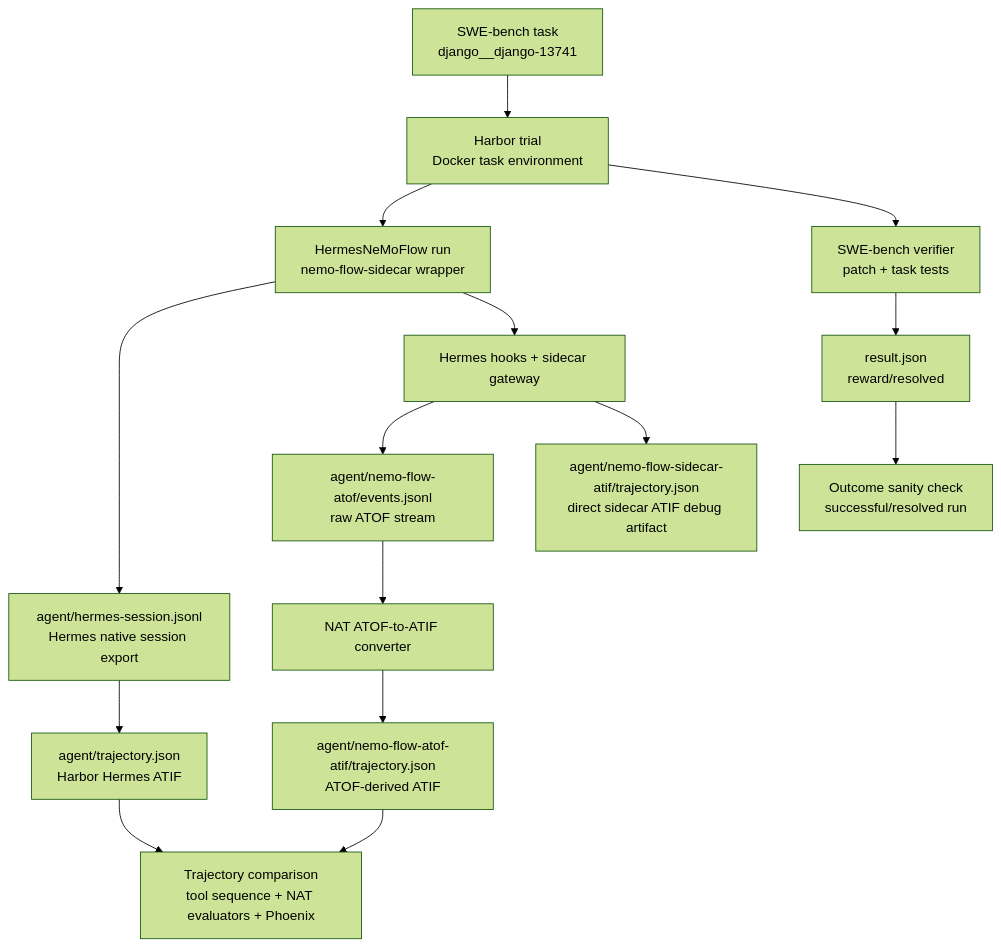
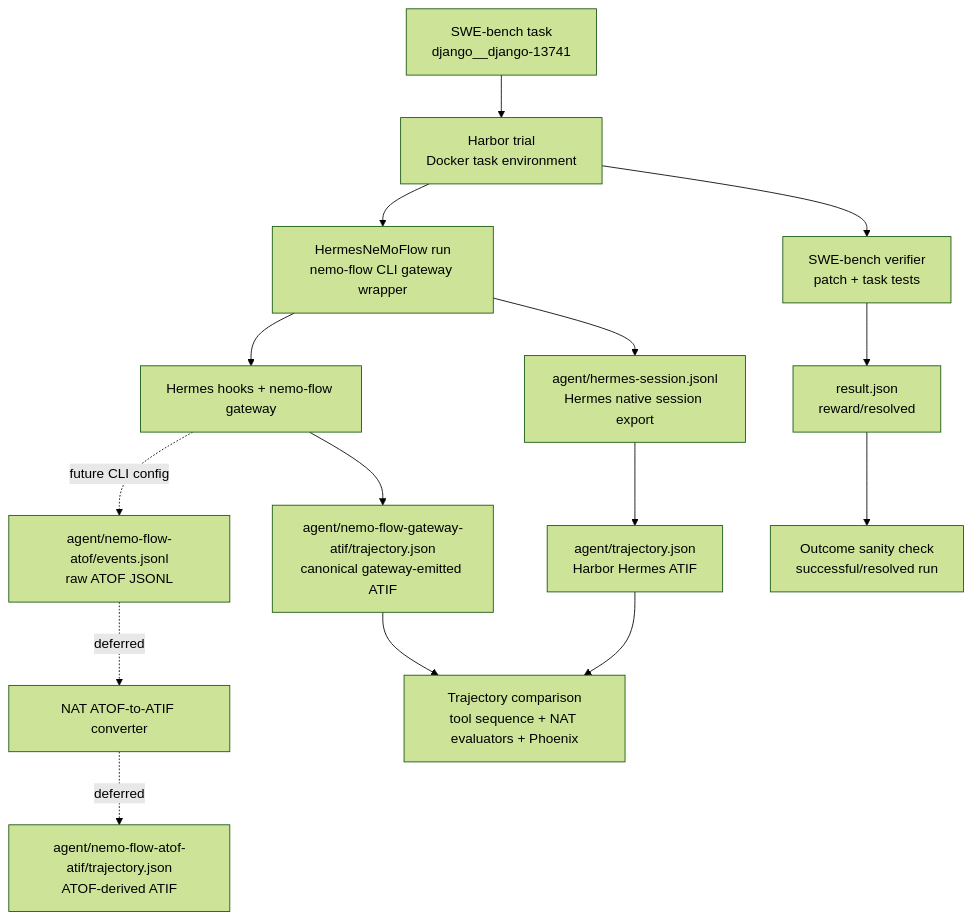
One commit to NVIDIA/NeMo-Agent-Toolkit changed the diagram in packages/nvidia_nat_harbor/hermes-nemoflow-smoke.md. Above: the diagram before and after it, drawn with Mermaid (forest theme). The commit also changed other lines of this file and 3 other files, not shown here.

Commit message:
(experimental)hermes, harbor, nemoflow E2E smoke test

````diff
--- a/packages/nvidia_nat_harbor/hermes-nemoflow-smoke.md
+++ b/packages/nvidia_nat_harbor/hermes-nemoflow-smoke.md
@@ -31,21 +45,21 @@
 ```mermaid
 flowchart TD
   task[SWE-bench task<br/>django__django-13741] --> harbor[Harbor trial<br/>Docker task environment]
 
-  harbor --> run[HermesNeMoFlow run<br/>nemo-flow-sidecar wrapper]
+  harbor --> run[HermesNeMoFlow run<br/>nemo-flow CLI gateway wrapper]
   run --> nativeSession[agent/hermes-session.jsonl<br/>Hermes native session export]
   nativeSession --> nativeAtif[agent/trajectory.json<br/>Harbor Hermes ATIF]
 
-  run --> sidecarHooks[Hermes hooks + sidecar gateway]
-  sidecarHooks --> atof[agent/nemo-flow-atof/events.jsonl<br/>raw ATOF stream]
-  atof --> converter[NAT ATOF-to-ATIF converter]
-  converter --> nfAtif[agent/nemo-flow-atof-atif/trajectory.json<br/>ATOF-derived ATIF]
-  sidecarHooks --> sidecarAtif[agent/nemo-flow-sidecar-atif/trajectory.json<br/>direct sidecar ATIF debug artifact]
+  run --> gatewayHooks[Hermes hooks + nemo-flow gateway]
+  gatewayHooks -. future CLI config .-> atof[agent/nemo-flow-atof/events.jsonl<br/>raw ATOF JSONL]
+  atof -. deferred .-> converter[NAT ATOF-to-ATIF converter]
+  converter -. deferred .-> nfAtif[agent/nemo-flow-atof-atif/trajectory.json<br/>ATOF-derived ATIF]
+  gatewayHooks --> gatewayAtif[agent/nemo-flow-gateway-atif/trajectory.json<br/>canonical gateway-emitted ATIF]
 
   harbor --> swe[SWE-bench verifier<br/>patch + task tests]
   swe --> result[result.json<br/>reward/resolved]
 
   nativeAtif --> compare[Trajectory comparison<br/>tool sequence + NAT evaluators + Phoenix]
-  nfAtif --> compare
+  gatewayAtif --> compare
   result --> outcome[Outcome sanity check<br/>successful/resolved run]
 ```
````
